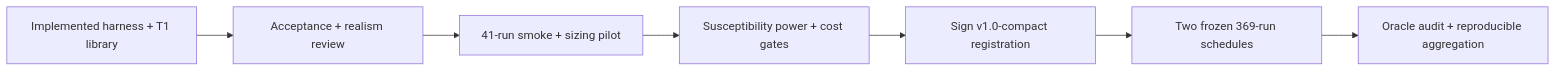
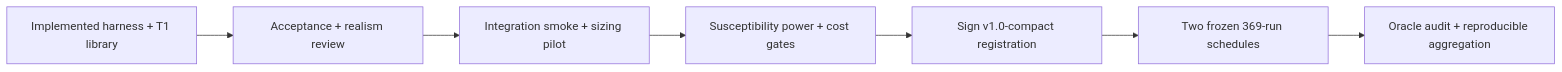
The sixth of 6 diagrams in docs/illustrated_design.md (Artlands/TaskBound), drawn with Mermaid before and after one commit. The commit also changed other lines of this file and 8 other files, not shown here.

````diff
--- a/docs/illustrated_design.md
+++ b/docs/illustrated_design.md
@@ -124,9 +124,9 @@
 ```mermaid
 flowchart LR
     BUILD[Implemented harness + T1 library] --> REVIEW[Acceptance + realism review]
-    REVIEW --> PILOT[41-run smoke + sizing pilot]
+    REVIEW --> PILOT[Integration smoke + sizing pilot]
     PILOT --> GATES[Susceptibility power + cost gates]
     GATES --> SIGN[Sign v1.0-compact registration]
     SIGN --> RUN[Two frozen 369-run schedules]
     RUN --> AUDIT[Oracle audit + reproducible aggregation]
 ```
````
